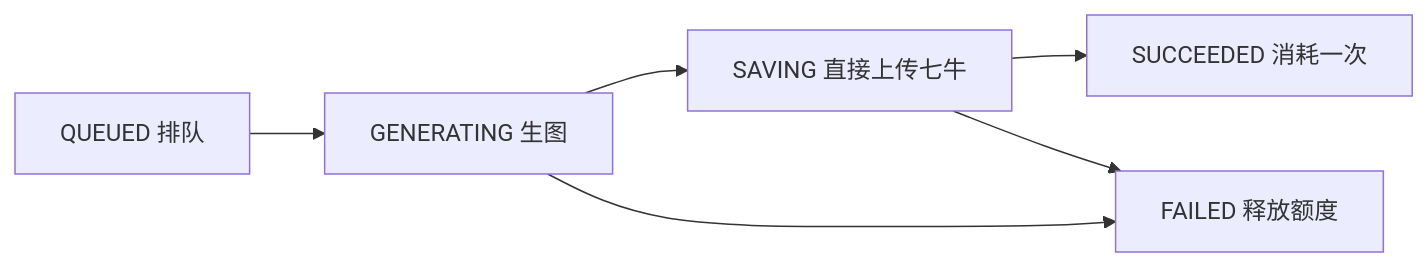
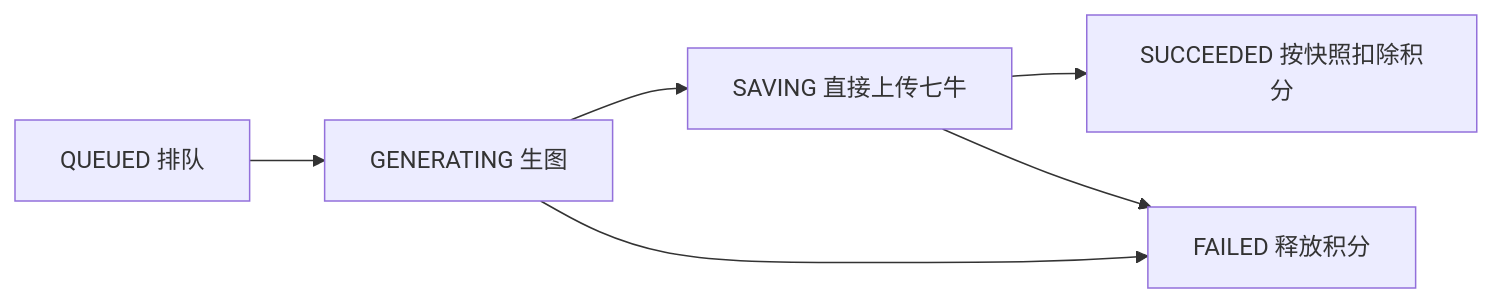
Before and after one commit to wuhobin/image-hub: the diagram in docs/ai-creation.md, drawn with Mermaid. The commit also changed other lines of this file and 55 other files, not shown here.

Commit message:
增加AI图片生成的功能

````diff
--- a/docs/ai-creation.md
+++ b/docs/ai-creation.md
@@ -76,8 +78,8 @@
 ```mermaid
 flowchart LR
   Q[QUEUED 排队] --> G[GENERATING 生图]
   G --> S[SAVING 直接上传七牛]
-  G --> F[FAILED 释放额度]
-  S --> OK[SUCCEEDED 消耗一次]
+  G --> F[FAILED 释放积分]
+  S --> OK[SUCCEEDED 按快照扣除积分]
   S --> F
 ```
````
